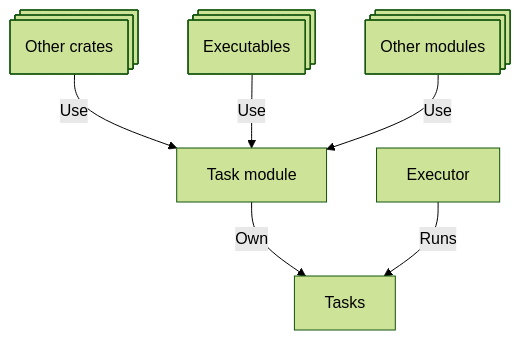
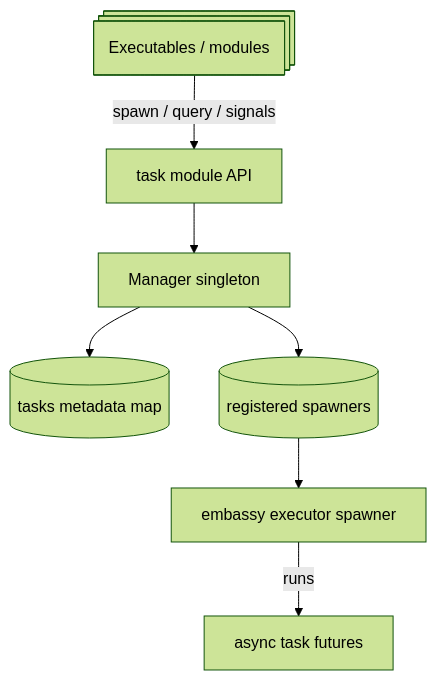
One commit to Xila-Project/Website changed the diagram in src/guide/architecture/modules/task.md. Above: the diagram before and after it, drawn with Mermaid (forest theme). The commit also changed 7 other files, not shown here.

Commit message:
feat: update architecture diagrams for modules with improved clarity and detail

````diff
--- a/src/guide/architecture/modules/task.md
+++ b/src/guide/architecture/modules/task.md
@@ -61,15 +61,17 @@
 ```mermaid
 graph TD
-    Other_crates@{ shape: processes, label: "Other crates" }
-    Executables@{ shape: processes, label: "Executables" }
-    Other_modules@{ shape: processes, label: "Other modules" }
-    Task_module[Task module]
-    Tasks[Tasks]
-    Executor[Executor]
+    Executables@{ shape: processes, label: "Executables / modules" }
+    TaskAPI[task module API]
+    Manager[Manager singleton]
+    TasksMap[(tasks metadata map)]
+    SpawnersMap[(registered spawners)]
+    Spawner[embassy executor spawner]
+    AsyncTask[async task futures]
 
-    Other_crates -->|Use| Task_module
-    Executables -->|Use| Task_module
-    Other_modules -->|Use| Task_module
-    Task_module -->|Own| Tasks
-    Executor -->|Runs| Tasks
+    Executables -->|spawn / query / signals| TaskAPI
+    TaskAPI --> Manager
+    Manager --> TasksMap
+    Manager --> SpawnersMap
+    SpawnersMap --> Spawner
+    Spawner -->|runs| AsyncTask
 ```
````
